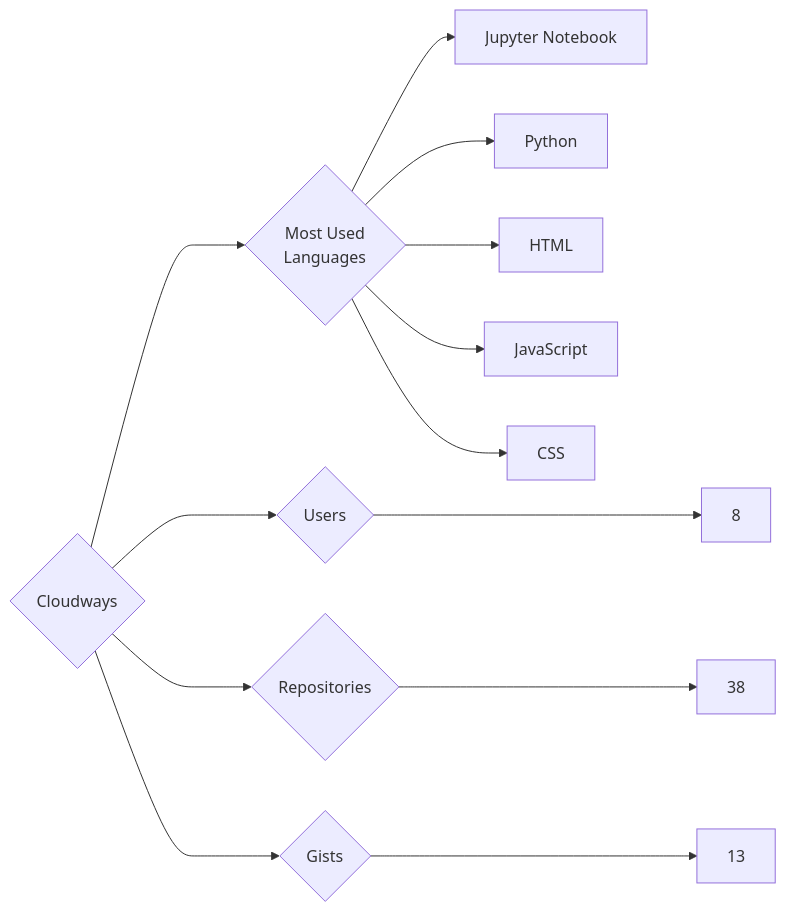
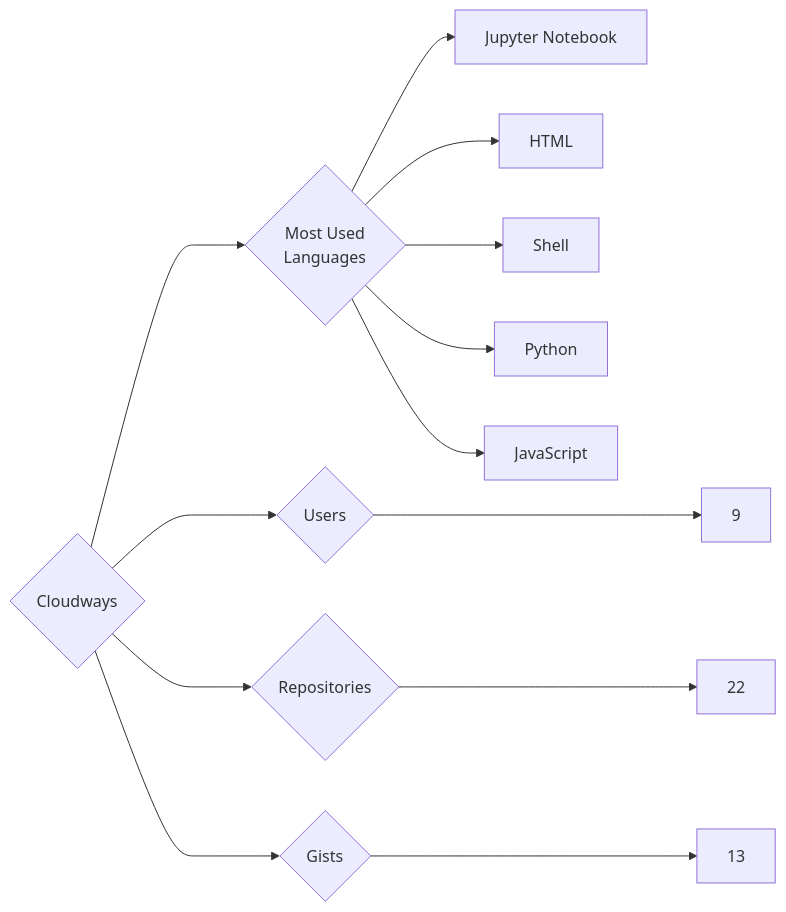
The diagram in targets/Cloudways/README.md (trickest/insiders), drawn with Mermaid before and after one commit. The commit also changed 1212 other files, not shown here.

````diff
--- a/targets/Cloudways/README.md
+++ b/targets/Cloudways/README.md
@@ -3,13 +3,13 @@
 ```mermaid
 graph LR
 COMPANY_NAME{Cloudways}
-COMPANY_NAME ---> U{Users} ---> UN[8]
-COMPANY_NAME ---> R{Repositories} ---> RN[38]
+COMPANY_NAME ---> U{Users} ---> UN[9]
+COMPANY_NAME ---> R{Repositories} ---> RN[22]
 COMPANY_NAME ---> G{Gists} ---> GN[13]
 COMPANY_NAME ---> ML{Most Used<br>Languages}
 ML --> Jupyter_Notebook[Jupyter Notebook]
+ML --> HTML[HTML]
+ML --> Shell[Shell]
 ML --> Python[Python]
-ML --> HTML[HTML]
 ML --> JavaScript[JavaScript]
-ML --> CSS[CSS]
 ```
````
